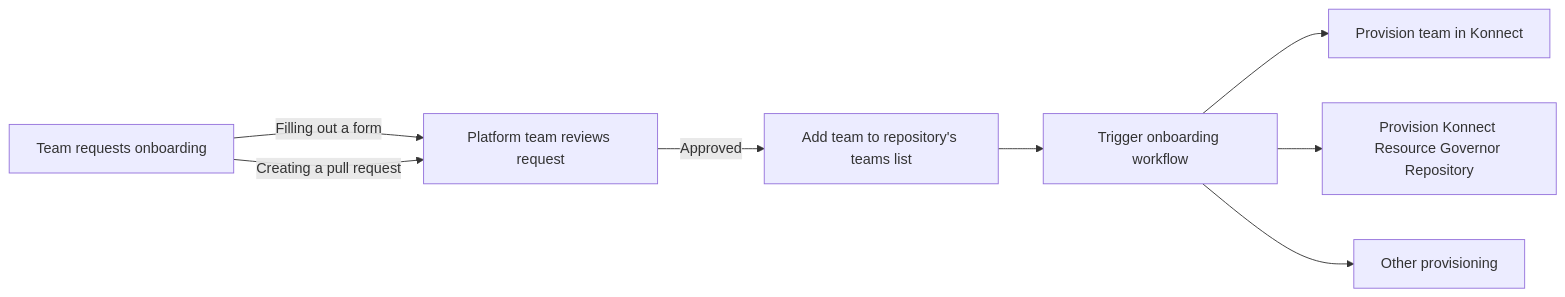
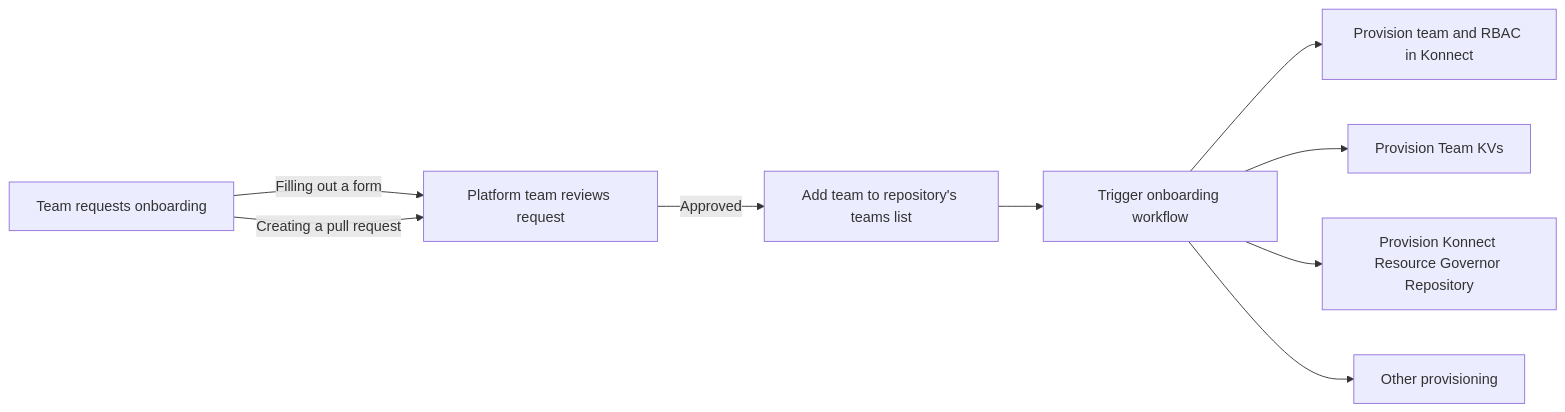
The fourth of 6 diagrams in README.md (pantsel/konnect-platform-ops-demo), drawn with Mermaid before and after one commit.

Commit message:
Create team kv mounts and store sats

````diff
--- a/README.md
+++ b/README.md
@@ -294,10 +294,11 @@
 ```mermaid
 graph LR;
   A[Team requests onboarding] -->|Filling out a form| B[Platform team reviews request];
   A -->|Creating a pull request| B;
   B -->|Approved| C[Add team to repository's teams list];
   C --> D[Trigger onboarding workflow];
-  D --> E[Provision team in Konnect];
-  D --> F[Provision Konnect Resource Governor Repository];
-  D --> G[Other provisioning];
+  D --> E[Provision team and RBAC in Konnect];
+  D --> F[Provision Team KVs];
+  D --> G[Provision Konnect Resource Governor Repository];
+  D --> H[Other provisioning];
 ```
````
